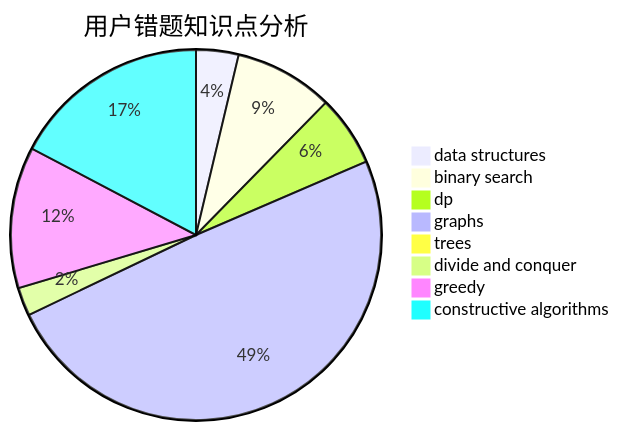
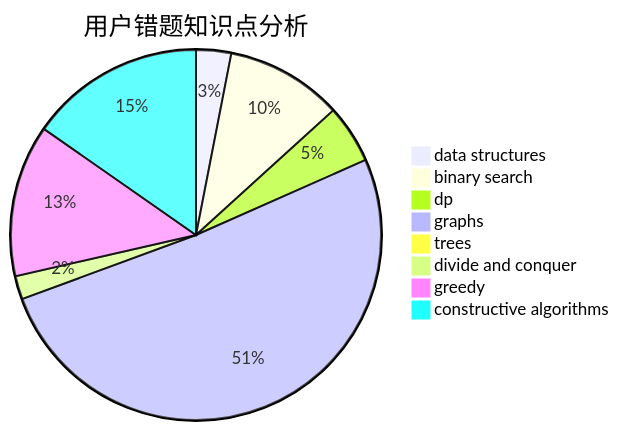
The third of 3 diagrams in docs/user/u211.md (sherpahu/cfrs.github.io), drawn with Mermaid before and after one commit. The commit also changed other lines of this file and 2770 other files, not shown here.

````diff
--- a/docs/user/u211.md
+++ b/docs/user/u211.md
@@ -36,11 +36,11 @@
 ```mermaid
 pie title 用户错题知识点分析
     "data structures" :  3
-    "binary search" :  7
+    "binary search" :  10
     "dp" :  5
-    "graphs" :  40
+    "graphs" :  50
     "trees" :  0
     "divide and conquer" :  2
-    "greedy" :  10
-    "constructive algorithms" :  14
+    "greedy" :  13
+    "constructive algorithms" :  15
 ```
````
